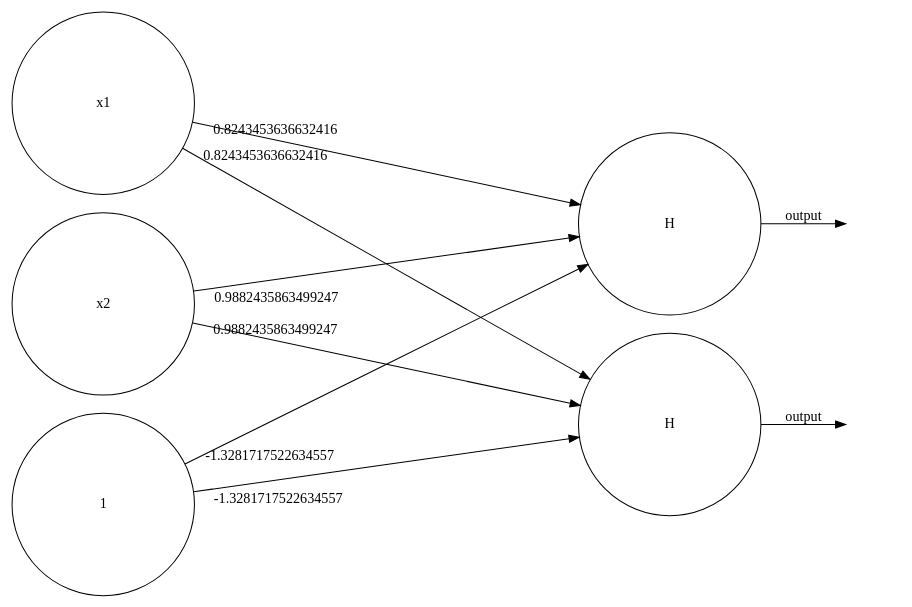
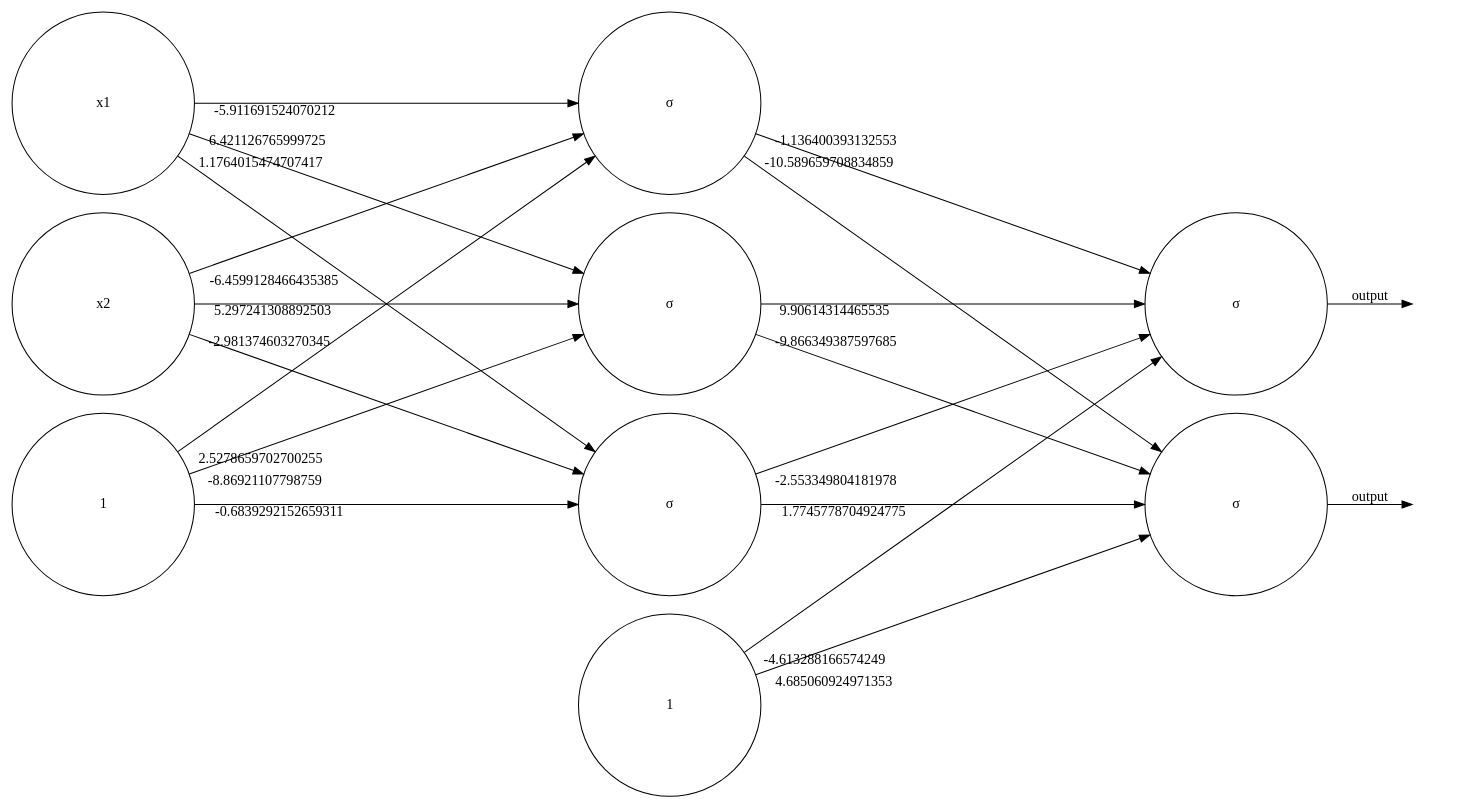
Before and after one commit to Finnyy012/MachineLearning: the diagram in graphviz_renders/netwerk.gv, drawn with Graphviz. The commit also changed 3 other files, not shown here.

```diff
--- a/graphviz_renders/netwerk.gv
+++ b/graphviz_renders/netwerk.gv
@@ -1,18 +1,33 @@
 digraph netwerk {
 	graph [label="" layout=dot ordering=in rankdir=LR splines=line]
 	0 [label=x1 fontname=Consolas shape=circle width=2.5]
-	0 -> 3 [minlen=10 taillabel=" 0.8243453636632416"]
-	0 -> 4 [minlen=10 taillabel=" 0.8243453636632416"]
+	0 -> 3 [minlen=10 taillabel=" -5.911691524070212"]
+	0 -> 4 [minlen=10 taillabel=" 6.421126765999725"]
+	0 -> 5 [minlen=10 taillabel=" 1.1764015474707417"]
 	1 [label=x2 fontname=Consolas shape=circle width=2.5]
-	1 -> 3 [minlen=10 taillabel=" 0.9882435863499247"]
-	1 -> 4 [minlen=10 taillabel=" 0.9882435863499247"]
+	1 -> 3 [minlen=10 taillabel=" -6.4599128466435385"]
+	1 -> 4 [minlen=10 taillabel=" 5.297241308892503"]
+	1 -> 5 [minlen=10 taillabel=" -2.981374603270345"]
 	2 [label=1 fontname=Consolas shape=circle width=2.5]
-	2 -> 3 [minlen=10 taillabel=" -1.3281717522634557"]
-	2 -> 4 [minlen=10 taillabel=" -1.3281717522634557"]
-	3 [label=H fontname=Consolas shape=circle width=2.5]
+	2 -> 3 [minlen=10 taillabel=" 2.5278659702700255"]
+	2 -> 4 [minlen=10 taillabel=" -8.86921107798759"]
+	2 -> 5 [minlen=10 taillabel=" -0.6839292152659311"]
+	3 [label="σ" fontname=Consolas shape=circle width=2.5]
+	3 -> 7 [minlen=10 taillabel=" -1.136400393132553"]
+	3 -> 8 [minlen=10 taillabel=" -10.589659708834859"]
+	4 [label="σ" fontname=Consolas shape=circle width=2.5]
+	4 -> 7 [minlen=10 taillabel=" 9.90614314465535"]
+	4 -> 8 [minlen=10 taillabel=" -9.866349387597685"]
+	5 [label="σ" fontname=Consolas shape=circle width=2.5]
+	5 -> 7 [minlen=10 taillabel=" -2.553349804181978"]
+	5 -> 8 [minlen=10 taillabel=" 1.7745778704924775"]
+	6 [label=1 fontname=Consolas shape=circle width=2.5]
+	6 -> 7 [minlen=10 taillabel=" -4.613288166574249"]
+	6 -> 8 [minlen=10 taillabel=" 4.685060924971353"]
+	7 [label="σ" fontname=Consolas shape=circle width=2.5]
 	-1 [label=" " shape=none]
-	3 -> -1 [label=output]
-	4 [label=H fontname=Consolas shape=circle width=2.5]
+	7 -> -1 [label=output]
+	8 [label="σ" fontname=Consolas shape=circle width=2.5]
 	-2 [label=" " shape=none]
-	4 -> -2 [label=output]
+	8 -> -2 [label=output]
 }
```
